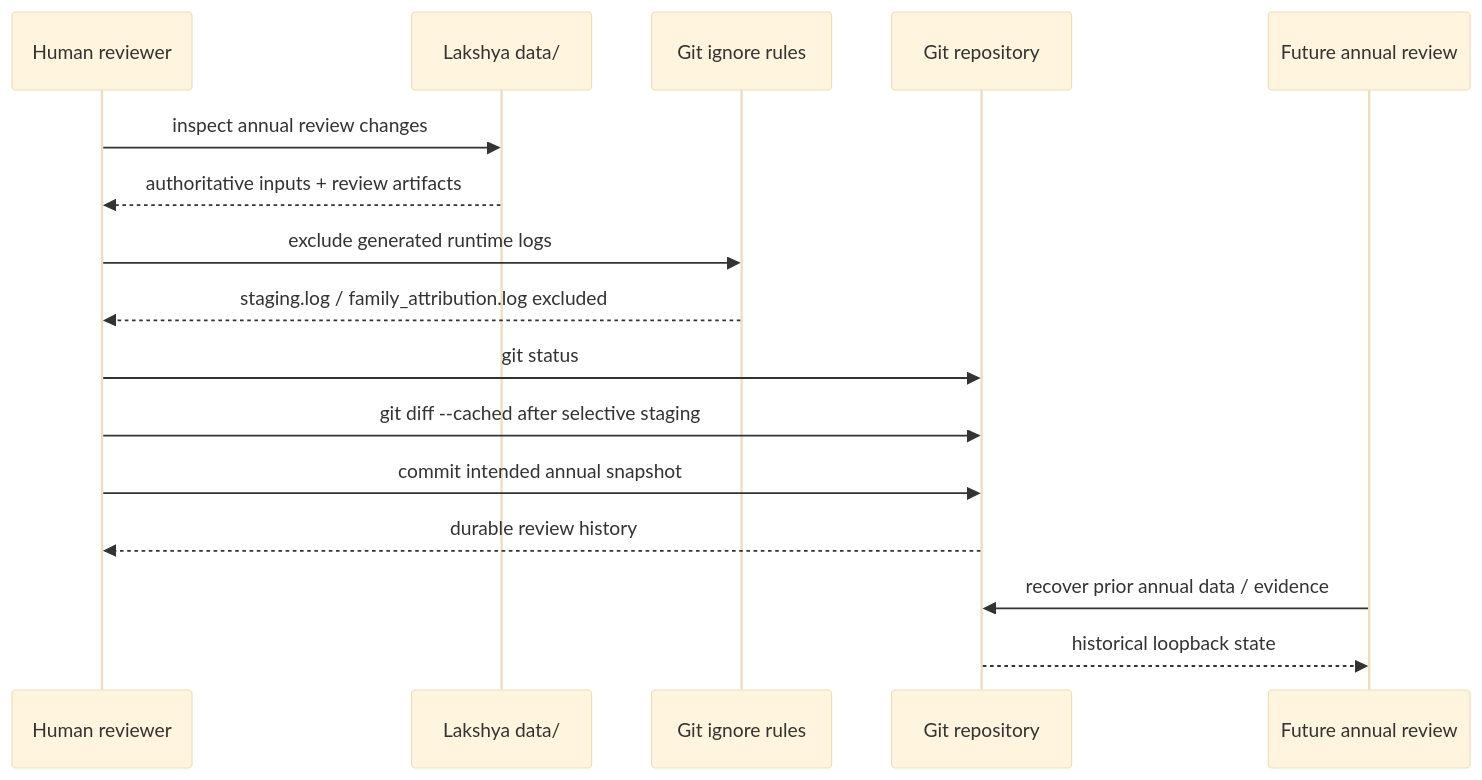
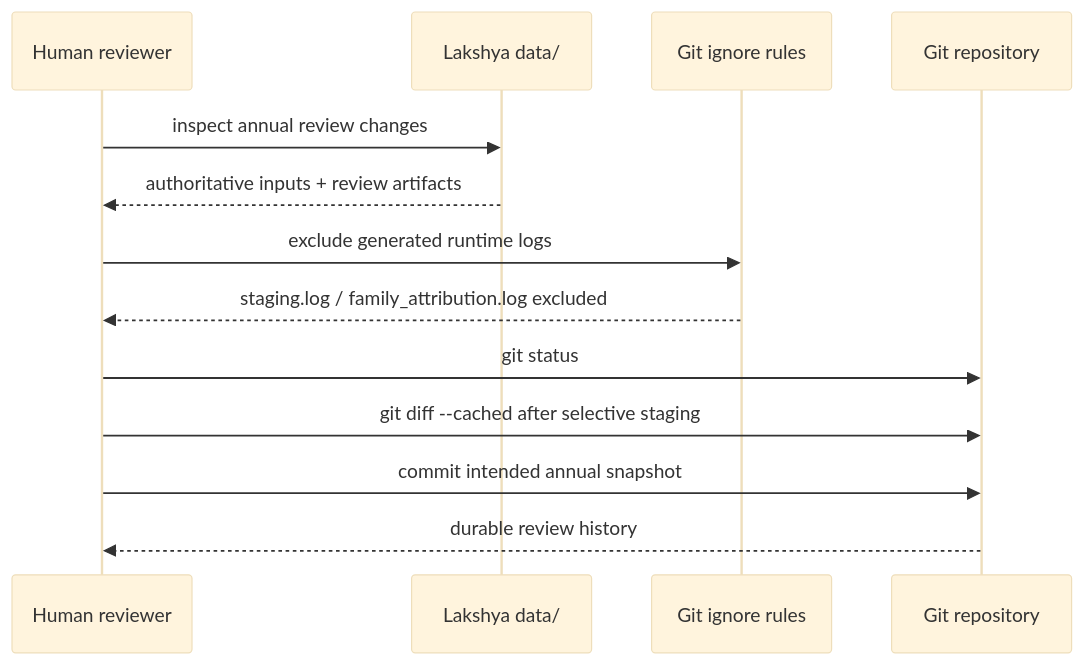
Before and after one commit to rrajeshkannan/lakshya: diagram 11 of 11 in docs/Lakshya_Pipeline_Sequence.md, drawn with Mermaid (base theme). The commit also changed other lines of this file, not shown here.

Commit message:
Fix pipeline diagrams and snapshot naming

````diff
--- a/docs/Lakshya_Pipeline_Sequence.md
+++ b/docs/Lakshya_Pipeline_Sequence.md
@@ -571,19 +571,16 @@
 ```mermaid
 sequenceDiagram
     participant Reviewer as Human reviewer
     participant Data as Lakshya data/
     participant Ignore as Git ignore rules
     participant Git as Git repository
-    participant Future as Future annual review
 
     Reviewer->>Data: inspect annual review changes
     Data-->>Reviewer: authoritative inputs + review artifacts
     Reviewer->>Ignore: exclude generated runtime logs
     Ignore-->>Reviewer: staging.log / family_attribution.log excluded
     Reviewer->>Git: git status
     Reviewer->>Git: git diff --cached after selective staging
     Reviewer->>Git: commit intended annual snapshot
     Git-->>Reviewer: durable review history
-    Future->>Git: recover prior annual data / evidence
-    Git-->>Future: historical loopback state
 ```
````
